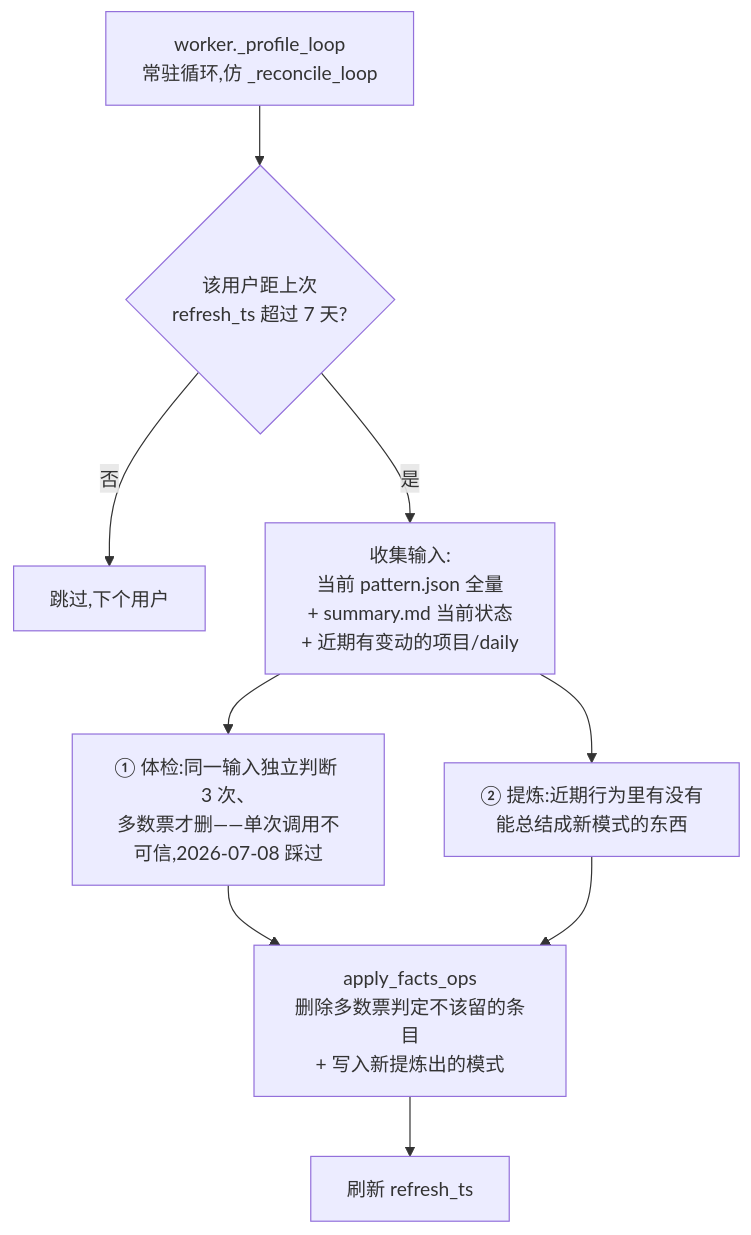
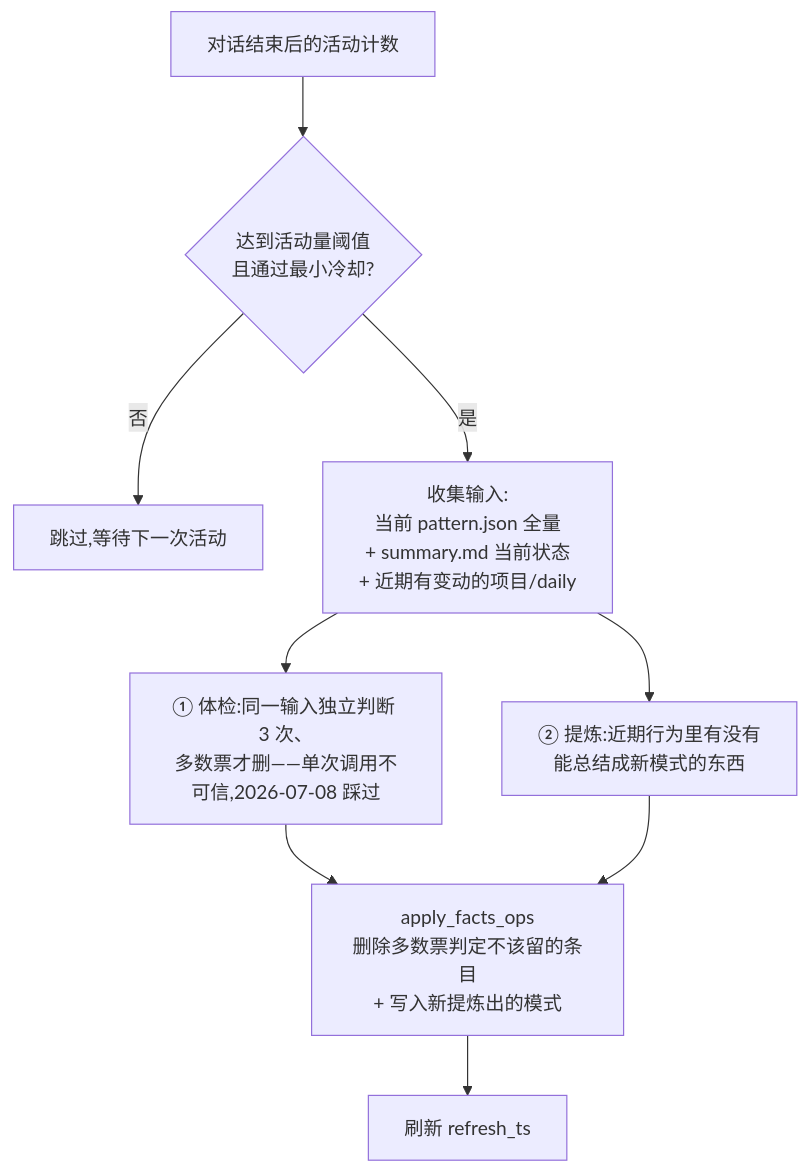
One commit to Coffeiz/Gugu-web changed the second of 2 diagrams in docs/agent/11-记忆系统.md. Above: the diagram before and after it, drawn with Mermaid. The commit also changed other lines of this file and 2 other files, not shown here.

````diff
--- a/docs/agent/11-记忆系统.md
+++ b/docs/agent/11-记忆系统.md
@@ -268,14 +268,14 @@
 ```mermaid
 flowchart TB
-    LOOP[worker._profile_loop<br/>常驻循环,仿 _reconcile_loop] --> CHECK{该用户距上次<br/>refresh_ts 超过 7 天?}
-    CHECK -- 否 --> SKIP[跳过,下个用户]
+    EVENT[对话结束后的活动计数] --> CHECK{达到活动量阈值<br/>且通过最小冷却?}
+    CHECK -- 否 --> SKIP[跳过,等待下一次活动]
     CHECK -- 是 --> GATHER[收集输入:<br/>当前 pattern.json 全量<br/>+ summary.md 当前状态<br/>+ 近期有变动的项目/daily]
 
     GATHER --> REVIEW[① 体检:同一输入独立判断 3 次、<br/>多数票才删——单次调用不可信,2026-07-08 踩过]
     GATHER --> MINE[② 提炼:近期行为里有没有<br/>能总结成新模式的东西]
 
     REVIEW --> APPLY[apply_facts_ops<br/>删除多数票判定不该留的条目<br/>+ 写入新提炼出的模式]
     MINE --> APPLY
 
     APPLY --> STAMP[刷新 refresh_ts]
 ```
````
